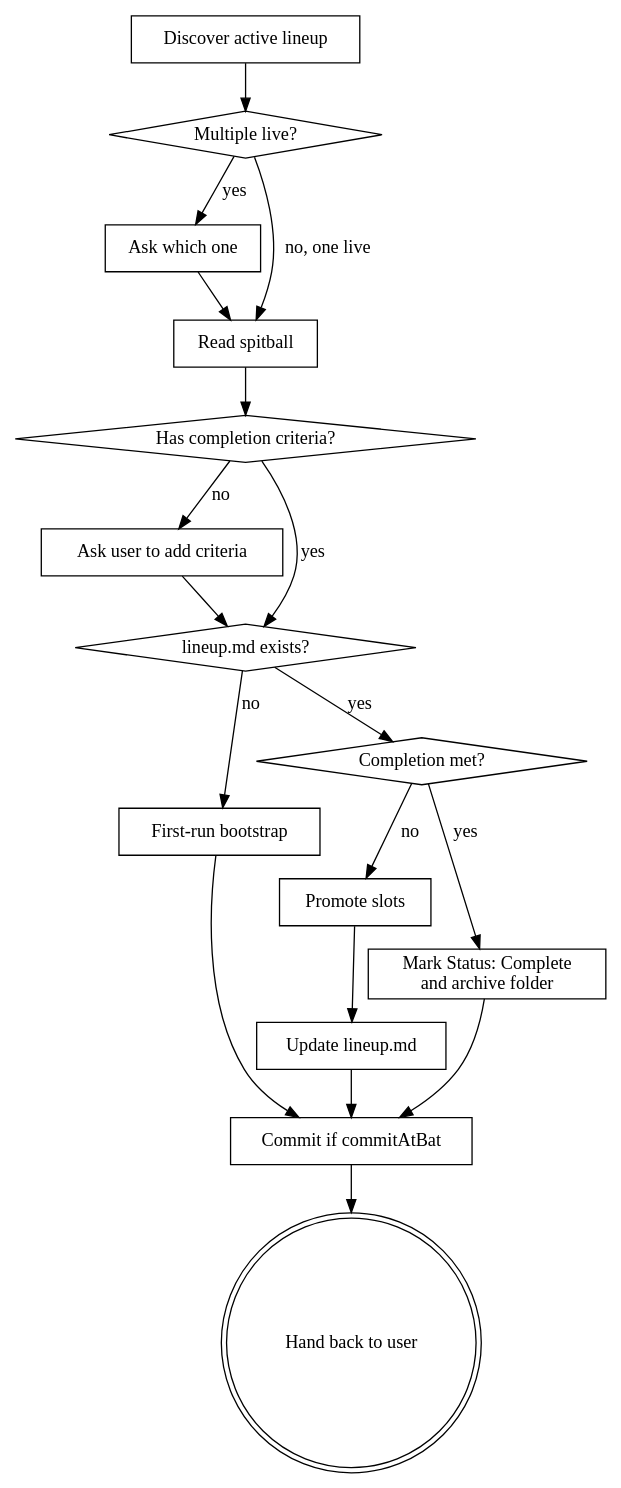
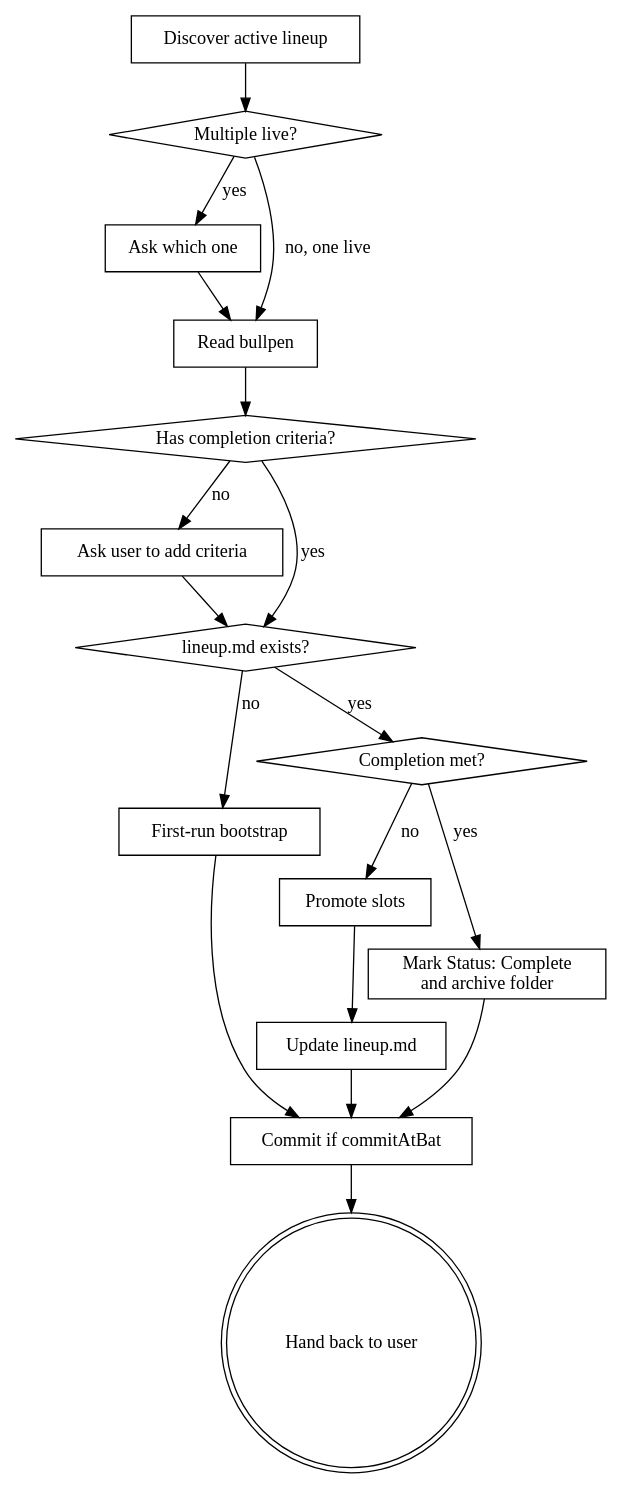
The diagram in plugins/lineup/skills/lineup/SKILL.md (robmt/claude-tools), drawn with Graphviz before and after one commit. The commit also changed other lines of this file and 22 other files, not shown here.

First line of the commit message:
Refactor spitball plugin to bullpen: rename references, update tests, and adjust documentation

````diff
--- a/plugins/lineup/skills/lineup/SKILL.md
+++ b/plugins/lineup/skills/lineup/SKILL.md
@@ -279,36 +279,36 @@
 ```dot
 digraph lineup {
     "Discover active lineup" [shape=box];
     "Multiple live?" [shape=diamond];
     "Ask which one" [shape=box];
-    "Read spitball" [shape=box];
+    "Read bullpen" [shape=box];
     "Has completion criteria?" [shape=diamond];
     "Ask user to add criteria" [shape=box];
     "lineup.md exists?" [shape=diamond];
     "First-run bootstrap" [shape=box];
     "Completion met?" [shape=diamond];
     "Promote slots" [shape=box];
     "Update lineup.md" [shape=box];
     "Commit if commitAtBat" [shape=box];
     "Hand back to user" [shape=doublecircle];
 
     "Discover active lineup" -> "Multiple live?";
     "Multiple live?" -> "Ask which one" [label="yes"];
-    "Multiple live?" -> "Read spitball" [label="no, one live"];
-    "Ask which one" -> "Read spitball";
-    "Read spitball" -> "Has completion criteria?";
+    "Multiple live?" -> "Read bullpen" [label="no, one live"];
+    "Ask which one" -> "Read bullpen";
+    "Read bullpen" -> "Has completion criteria?";
     "Has completion criteria?" -> "Ask user to add criteria" [label="no"];
     "Has completion criteria?" -> "lineup.md exists?" [label="yes"];
     "Ask user to add criteria" -> "lineup.md exists?";
     "lineup.md exists?" -> "First-run bootstrap" [label="no"];
     "lineup.md exists?" -> "Completion met?" [label="yes"];
     "First-run bootstrap" -> "Commit if commitAtBat";
     "Mark Status: Complete\nand archive folder" [shape=box];
     "Completion met?" -> "Mark Status: Complete\nand archive folder" [label="yes"];
     "Mark Status: Complete\nand archive folder" -> "Commit if commitAtBat";
     "Completion met?" -> "Promote slots" [label="no"];
     "Promote slots" -> "Update lineup.md";
     "Update lineup.md" -> "Commit if commitAtBat";
     "Commit if commitAtBat" -> "Hand back to user";
 }
 ```
````
